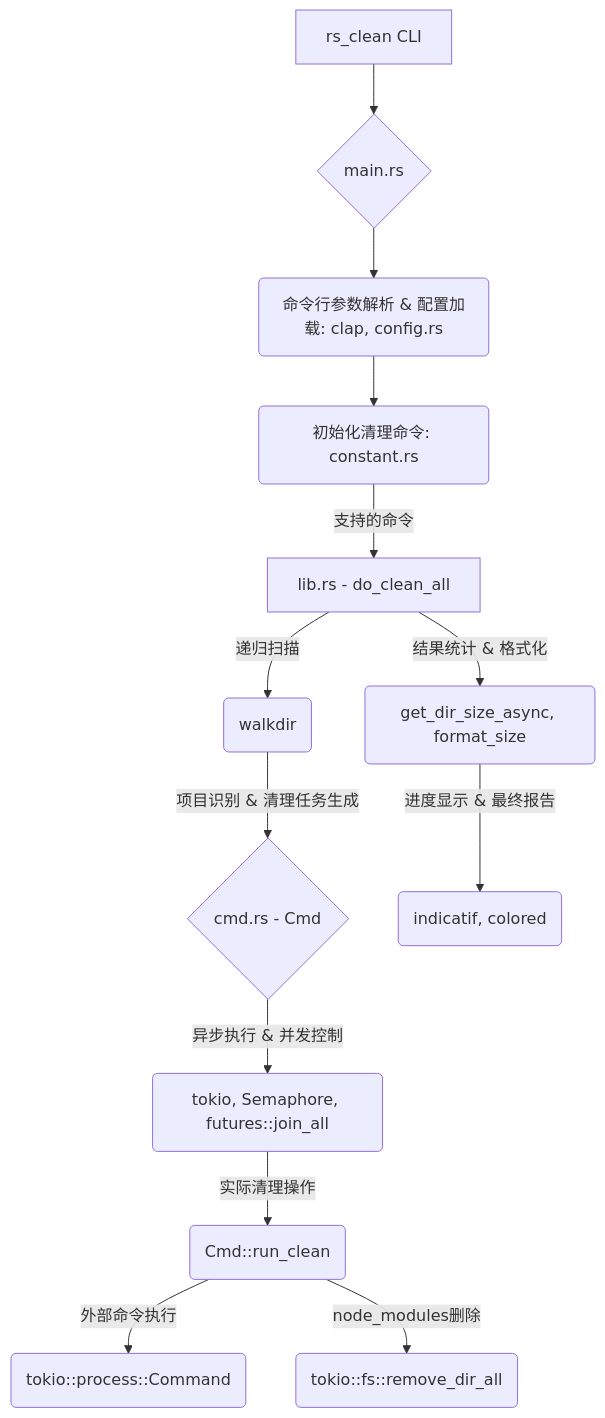
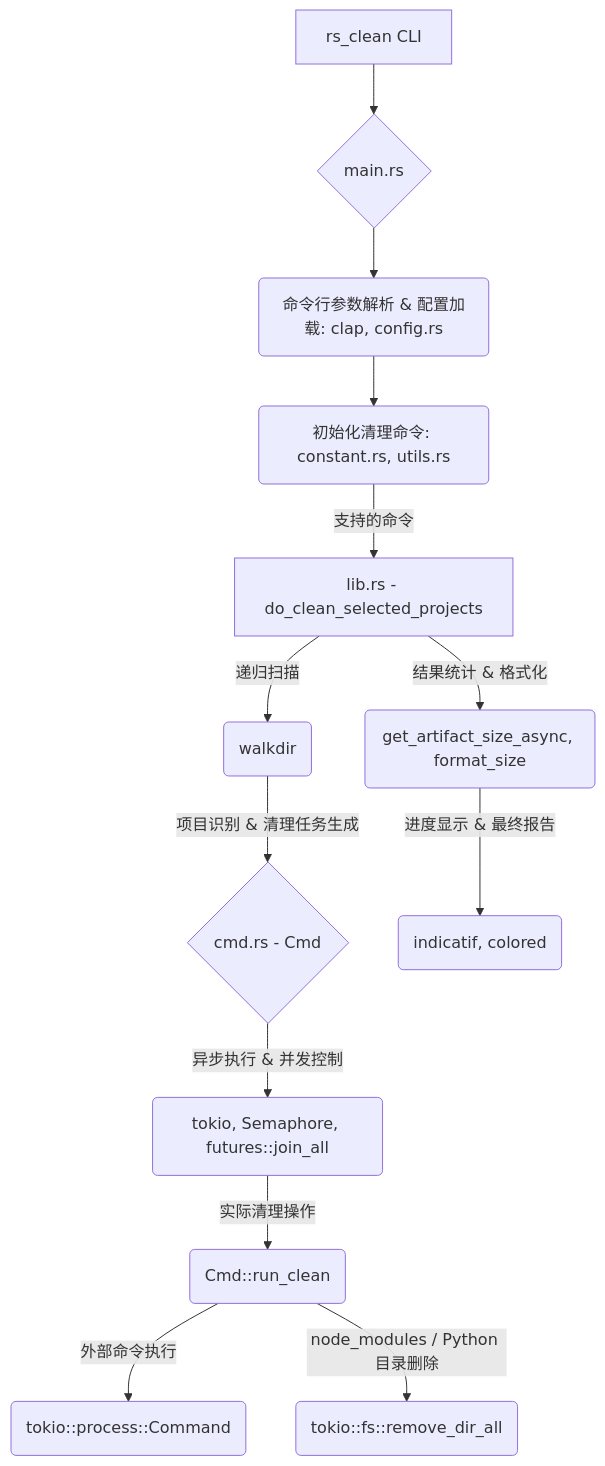
Before and after one commit to evallife/rs_clean: the diagram in README_zh.md, drawn with Mermaid. The commit also changed other lines of this file and 2 other files, not shown here.

````diff
--- a/README_zh.md
+++ b/README_zh.md
@@ -9,15 +9,15 @@
 ```mermaid
 graph TD
     A[rs_clean CLI] --> B{main.rs};
     B --> C(命令行参数解析 & 配置加载: clap, config.rs);
-    C --> D(初始化清理命令: constant.rs);
-    D -- 支持的命令 --> E[lib.rs - do_clean_all];
+    C --> D(初始化清理命令: constant.rs, utils.rs);
+    D -- 支持的命令 --> E[lib.rs - do_clean_selected_projects];
     E -- 递归扫描 --> F(walkdir);
     F -- 项目识别 & 清理任务生成 --> G{cmd.rs - Cmd};
     G -- 异步执行 & 并发控制 --> H(tokio, Semaphore, futures::join_all);
     H -- 实际清理操作 --> I(Cmd::run_clean);
     I -- 外部命令执行 --> J(tokio::process::Command);
-    I -- node_modules删除 --> K(tokio::fs::remove_dir_all);
-    E -- 结果统计 & 格式化 --> L(get_dir_size_async, format_size);
+    I -- node_modules / Python 目录删除 --> K(tokio::fs::remove_dir_all);
+    E -- 结果统计 & 格式化 --> L(get_artifact_size_async, format_size);
     L -- 进度显示 & 最终报告 --> M(indicatif, colored);
 ```
````
